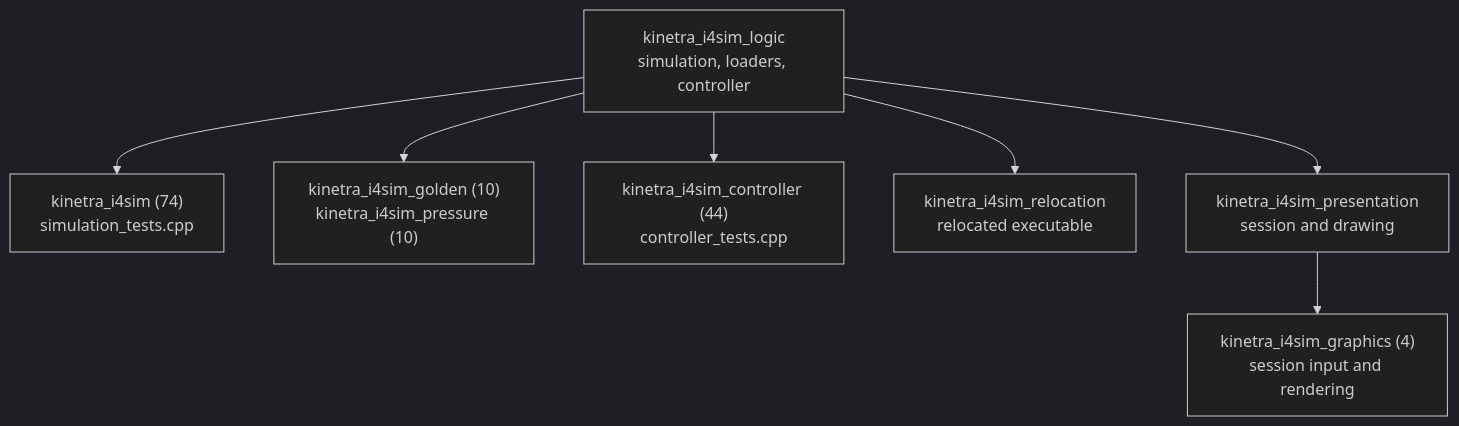
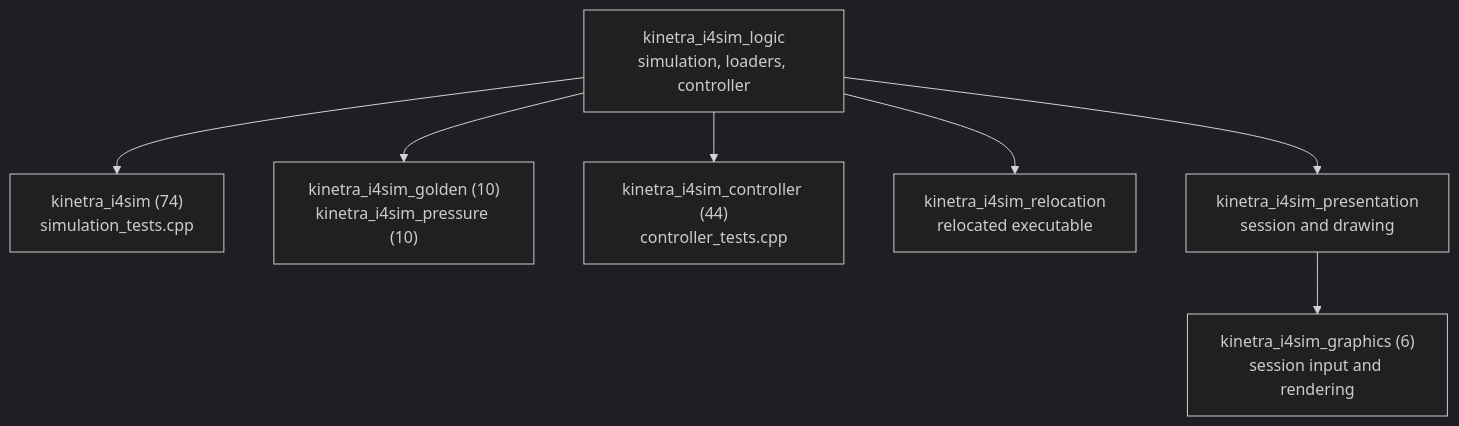
One commit to SMB-M87/Kinetra-Lab changed the diagram in labs/i4sim/tests/README.md. Above: the diagram before and after it, drawn with Mermaid (dark theme). The commit also changed other lines of this file and 9 other files, not shown here.

````diff
--- a/labs/i4sim/tests/README.md
+++ b/labs/i4sim/tests/README.md
@@ -24,9 +24,9 @@
 ```mermaid
 flowchart TD
     Logic["kinetra_i4sim_logic<br/>simulation, loaders, controller"] --> Sim["kinetra_i4sim (74)<br/>simulation_tests.cpp"]
     Logic --> Golden["kinetra_i4sim_golden (10)<br/>kinetra_i4sim_pressure (10)"]
     Logic --> Controller["kinetra_i4sim_controller (44)<br/>controller_tests.cpp"]
     Logic --> Relocation["kinetra_i4sim_relocation<br/>relocated executable"]
-    Presentation["kinetra_i4sim_presentation<br/>session and drawing"] --> Graphics["kinetra_i4sim_graphics (4)<br/>session input and rendering"]
+    Presentation["kinetra_i4sim_presentation<br/>session and drawing"] --> Graphics["kinetra_i4sim_graphics (6)<br/>session input and rendering"]
     Logic --> Presentation
 ```
````
